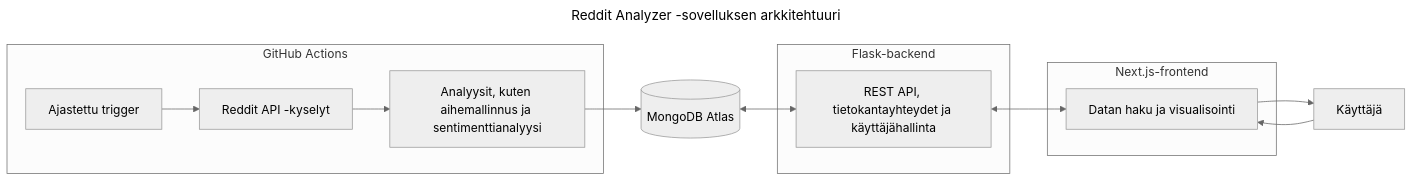
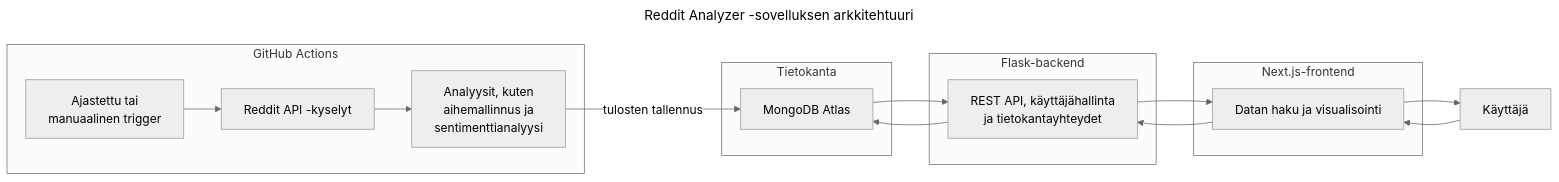
One commit to kkivilahti/ohke-flask-testing changed the diagram in raportti.md. Above: the diagram before and after it, drawn with Mermaid (neutral theme). The commit also changed other lines of this file, not shown here.

Commit message:
Architecture chart and terminology

````diff
--- a/raportti.md
+++ b/raportti.md
@@ -40,28 +41,36 @@
 ```mermaid
 ---
 title: Reddit Analyzer -sovelluksen arkkitehtuuri
 ---
 flowchart LR
-  subgraph A["GitHub Actions"]
-    A1["Ajastettu trigger"] --> A2["Reddit API -kyselyt"] --> A3["Analyysit, kuten aihemallinnus ja sentimenttianalyysi"]
-  end
+    %% GitHub Actions
+    subgraph A["GitHub Actions"]
+        A1["Ajastettu tai <br/> manuaalinen trigger"] --> A2["Reddit API -kyselyt"] --> A3["Analyysit, kuten <br/> aihemallinnus ja <br/> sentimenttianalyysi"]
+    end
 
-  B[("MongoDB Atlas")]
-  A3 --> B
+    subgraph B["Tietokanta"]
+        B1["MongoDB Atlas"]
+    end
 
-  B <--> C1
+    A3 -- tulosten tallennus --> B1
 
-  subgraph C["Flask-backend"]
-    C1["REST API, tietokantayhteydet ja käyttäjähallinta"]
-  end
+    %% Backend
+    subgraph C["Flask-backend"]
+        C1["REST API, käyttäjähallinta <br/> ja tietokantayhteydet"]
+    end
 
-  C1 <--> D1
+    C1 --> B1
+    B1 --> C1
 
-  subgraph D["Next.js-frontend"]
-    D1["Datan haku ja visualisointi"]
-  end
+    %% Frontend
+    subgraph D["Next.js-frontend"]
+        D1["Datan haku ja visualisointi"]
+    end
 
-  K["Käyttäjä"]
-  K --> D1
-  D1 --> K
+    D1 --> C1
+    C1 --> D1
+
+    K["Käyttäjä"]
+    K --> D1
+    D1 --> K
 ```
````
